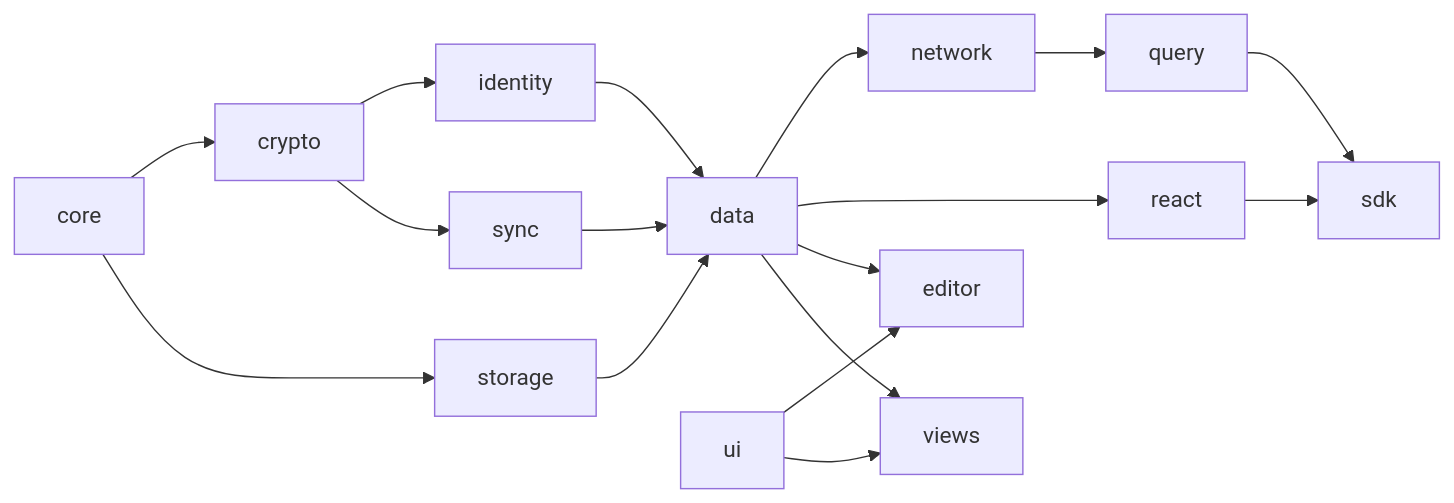
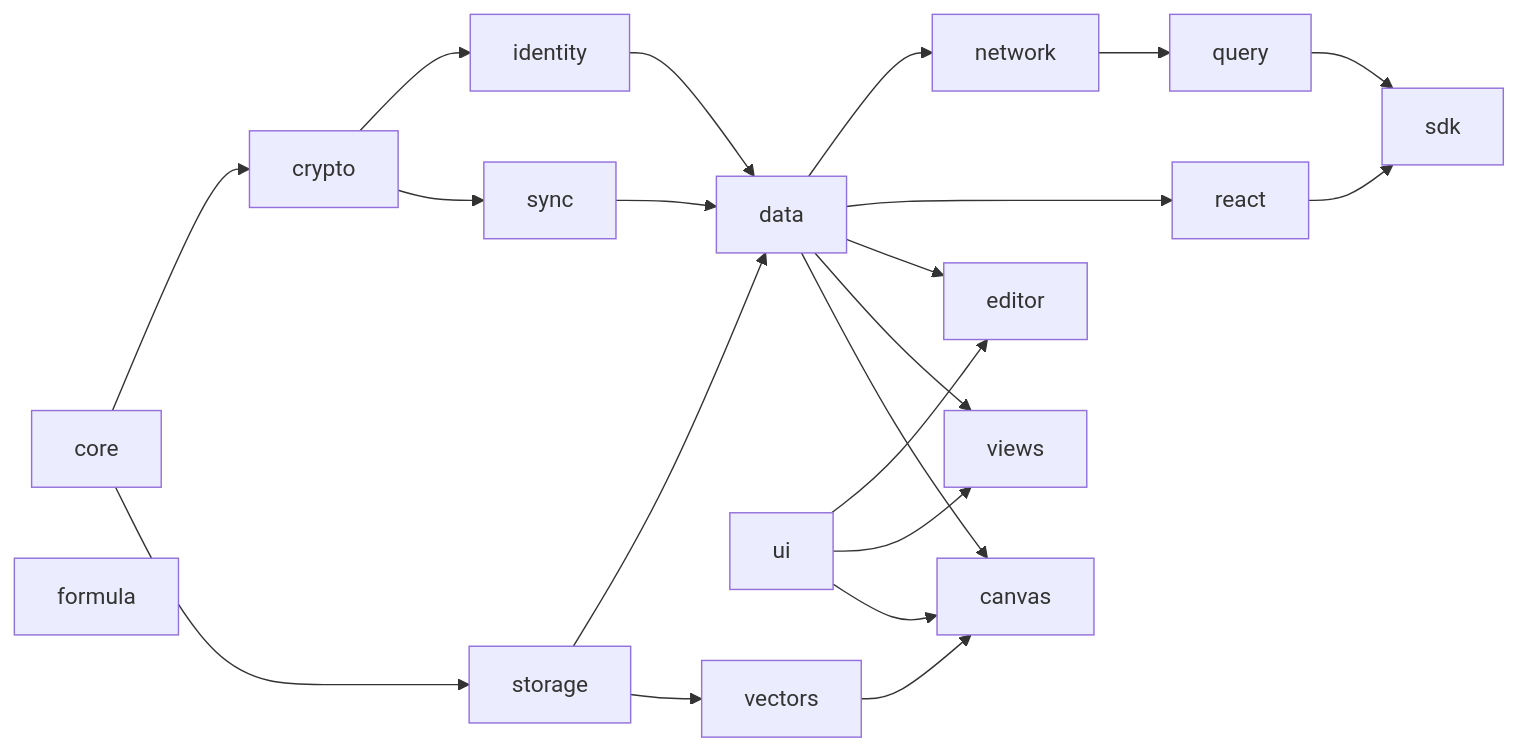
One commit to crs48/xNet changed the second of 2 diagrams in packages/README.md. Above: the diagram before and after it, drawn with Mermaid.

Commit message:
Add missing packages (vectors, canvas, formula) to build order diagram

````diff
--- a/packages/README.md
+++ b/packages/README.md
@@ -90,17 +90,22 @@
 ```mermaid
 flowchart LR
     core --> crypto --> identity
     crypto --> sync
     core --> storage
     identity --> data
     storage --> data
     sync --> data
     data --> network --> query
     data --> react
     ui --> editor
     data --> editor
     ui --> views
     data --> views
+    storage --> vectors
+    vectors --> canvas
+    ui --> canvas
+    data --> canvas
     react --> sdk
     query --> sdk
+    formula
 ```
````
